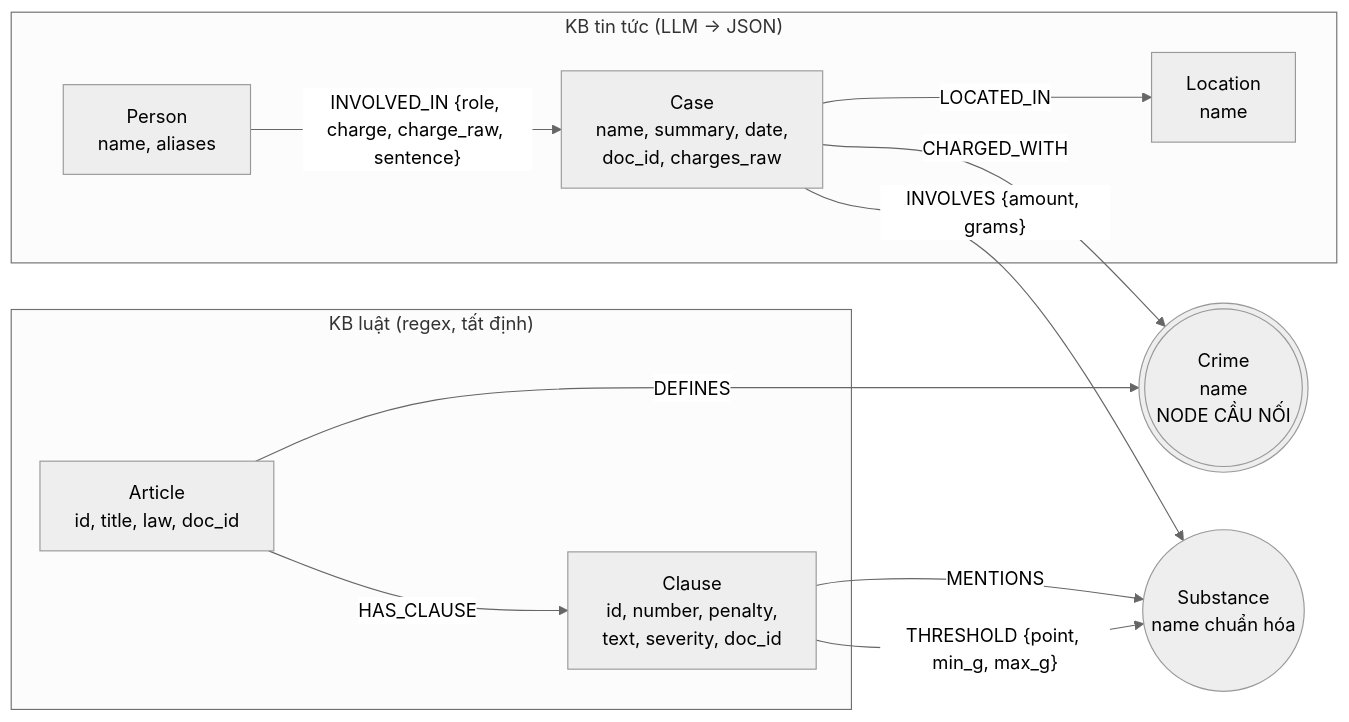
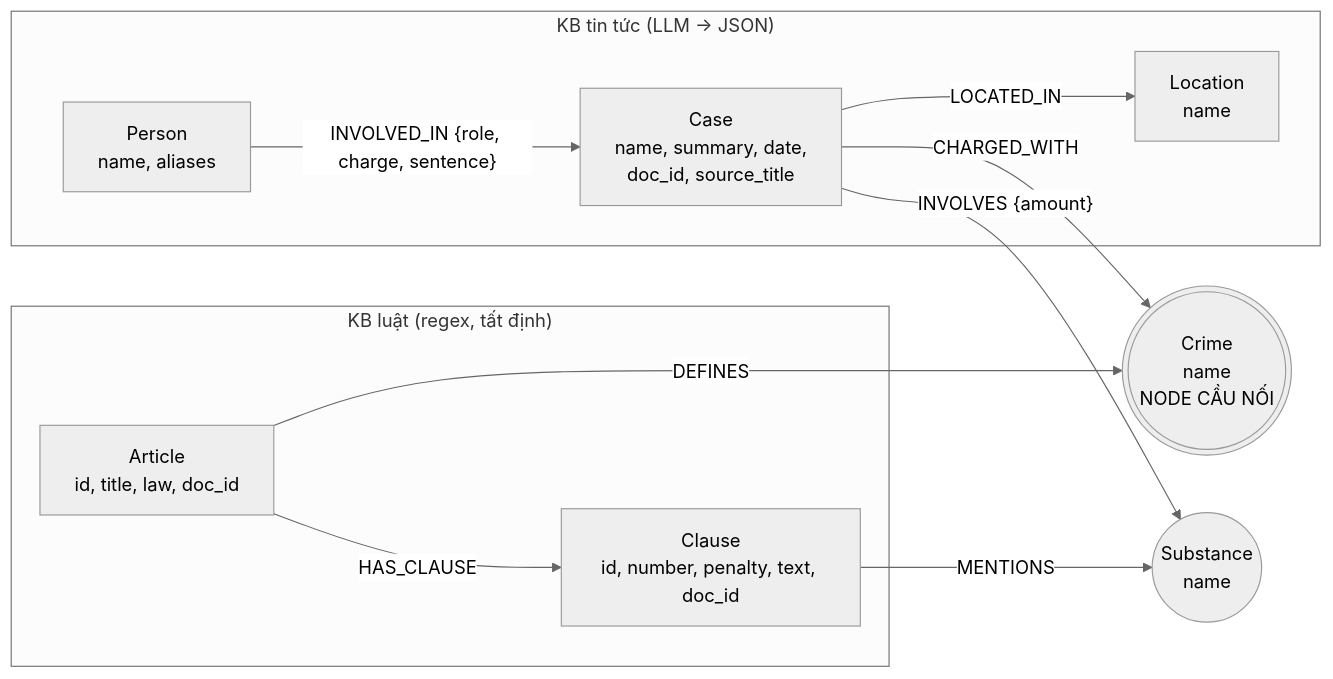
Before and after one commit to nhanna4605/K4-DAY19-VoDoanhNhan-2A202602770: the diagram in report/ONTOLOGY.md, drawn with Mermaid (neutral theme). The commit also changed other lines of this file and 9 other files, not shown here.

````diff
--- a/report/ONTOLOGY.md
+++ b/report/ONTOLOGY.md
@@ -15,23 +15,22 @@
 ```mermaid
 flowchart LR
     subgraph LAW["KB luật (regex, tất định)"]
         A[Article<br/>id, title, law, doc_id]
-        CL[Clause<br/>id, number, penalty,<br/>text, severity, doc_id]
+        CL[Clause<br/>id, number, penalty, text, doc_id]
     end
     subgraph NEWS["KB tin tức (LLM -> JSON)"]
         P[Person<br/>name, aliases]
-        K[Case<br/>name, summary, date,<br/>doc_id, charges_raw]
+        K[Case<br/>name, summary, date,<br/>doc_id, source_title]
         L[Location<br/>name]
     end
     CR(((Crime<br/>name<br/>NODE CẦU NỐI)))
-    S((Substance<br/>name chuẩn hóa))
+    S((Substance<br/>name))
 
     A -- DEFINES --> CR
     A -- HAS_CLAUSE --> CL
-    CL -- "MENTIONS" --> S
-    CL -- "THRESHOLD {point, min_g, max_g}" --> S
+    CL -- MENTIONS --> S
     K -- CHARGED_WITH --> CR
-    K -- "INVOLVES {amount, grams}" --> S
+    K -- "INVOLVES {amount}" --> S
     K -- LOCATED_IN --> L
-    P -- "INVOLVED_IN {role, charge, charge_raw, sentence}" --> K
+    P -- "INVOLVED_IN {role, charge, sentence}" --> K
 ```
````
